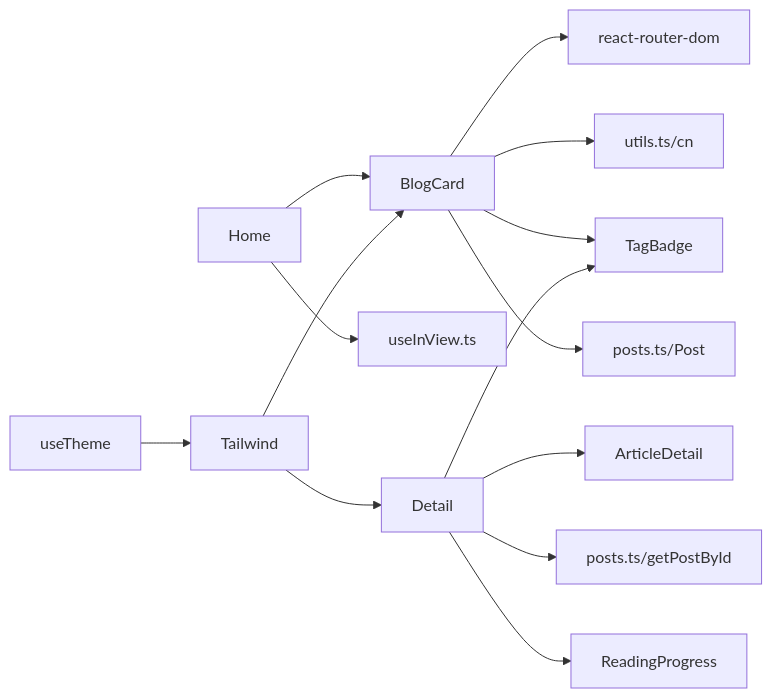
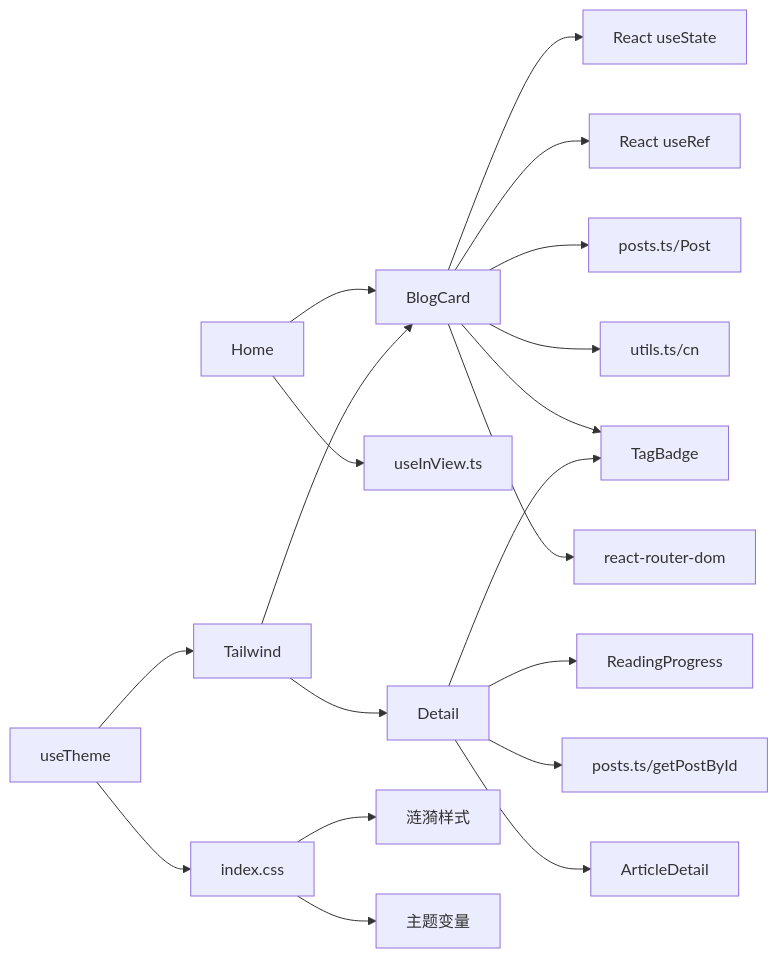
Before and after one commit to InfSky-233/B02: the seventh of 7 diagrams in .qoder/repowiki/zh/content/组件系统/博客卡片组件 (BlogCard).md, drawn with Mermaid. The commit also changed other lines of this file and 12 other files, not shown here.

````diff
--- a/.qoder/repowiki/zh/content/组件系统/博客卡片组件 (BlogCard).md
+++ b/.qoder/repowiki/zh/content/组件系统/博客卡片组件 (BlogCard).md
@@ -311,16 +424,21 @@
 ```mermaid
 graph LR
 BlogCard --> Link["react-router-dom"]
 BlogCard --> cn["utils.ts/cn"]
 BlogCard --> TagBadge
 BlogCard --> Post["posts.ts/Post"]
+BlogCard --> useRef["React useRef"]
+BlogCard --> useState["React useState"]
 Home --> BlogCard
 Home --> useStaggeredInView["useInView.ts"]
 Detail --> ArticleDetail
 Detail --> getPostById["posts.ts/getPostById"]
 Detail --> ReadingProgress
 Detail --> TagBadge
 Tailwind --> BlogCard
 Tailwind --> Detail
 useTheme --> Tailwind
+useTheme --> CSS["index.css"]
+CSS --> RippleStyles["涟漪样式"]
+CSS --> ThemeVars["主题变量"]
 ```
````
